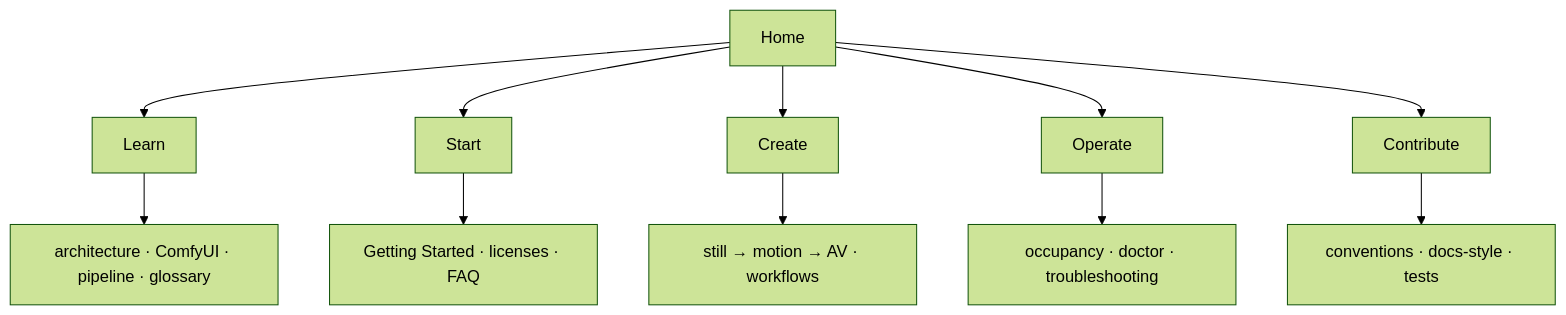
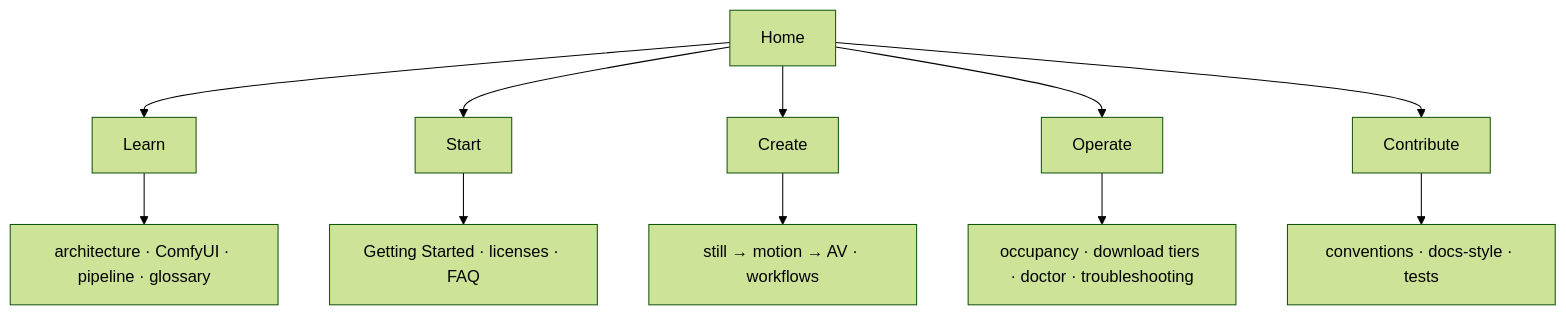
The diagram in README.md (toxicoder/ez-comfy-stack), drawn with Mermaid (forest theme) before and after one commit. The commit also changed 16 other files, not shown here.

First line of the commit message:
docs: rewrite download tiers, expand glossary, fix accuracy

````diff
--- a/README.md
+++ b/README.md
@@ -25,13 +25,13 @@
 ```mermaid
 flowchart TB
   Home["Home"] --> Learn["Learn"]
   Home --> Start["Start"]
   Home --> Create["Create"]
   Home --> Operate["Operate"]
   Home --> Contribute["Contribute"]
   Learn --> L1["architecture · ComfyUI · pipeline · glossary"]
   Start --> S1["Getting Started · licenses · FAQ"]
   Create --> C1["still → motion → AV · workflows"]
-  Operate --> O1["occupancy · doctor · troubleshooting"]
+  Operate --> O1["occupancy · download tiers · doctor · troubleshooting"]
   Contribute --> N1["conventions · docs-style · tests"]
 ```
````
